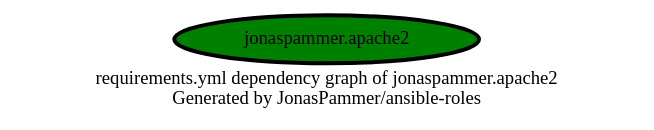
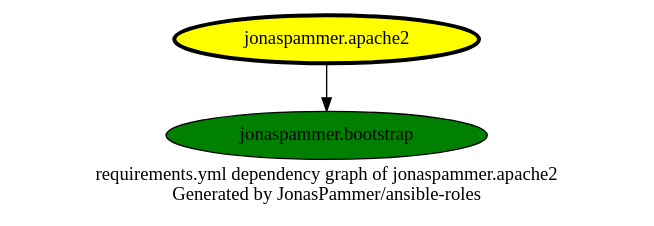
One commit to JonasPammer/ansible-roles changed the diagram in graphs/dependencies_apache2.dot. Above: the diagram before and after it, drawn with Graphviz. The commit also changed 42 other files, not shown here.

```diff
--- a/graphs/dependencies_apache2.dot
+++ b/graphs/dependencies_apache2.dot
@@ -1,10 +1,13 @@
+// This file is generated from `templates/dependencies_single.adoc.jinja2` by Github CI, all local changes will be lost eventually.
 digraph hierarchy {
   label = "requirements.yml dependency graph of jonaspammer.apache2 \n Generated by JonasPammer/ansible-roles" ;
   overlap=false
 
   {
-    "jonaspammer.apache2" [fillcolor=green style=filled penwidth=3]
+    "jonaspammer.apache2" [fillcolor=yellow style=filled penwidth=3]
+    "jonaspammer.bootstrap" [fillcolor=green style=filled ]
   }
 
 
+  "jonaspammer.apache2" -> {"jonaspammer.bootstrap"}
 }
```
